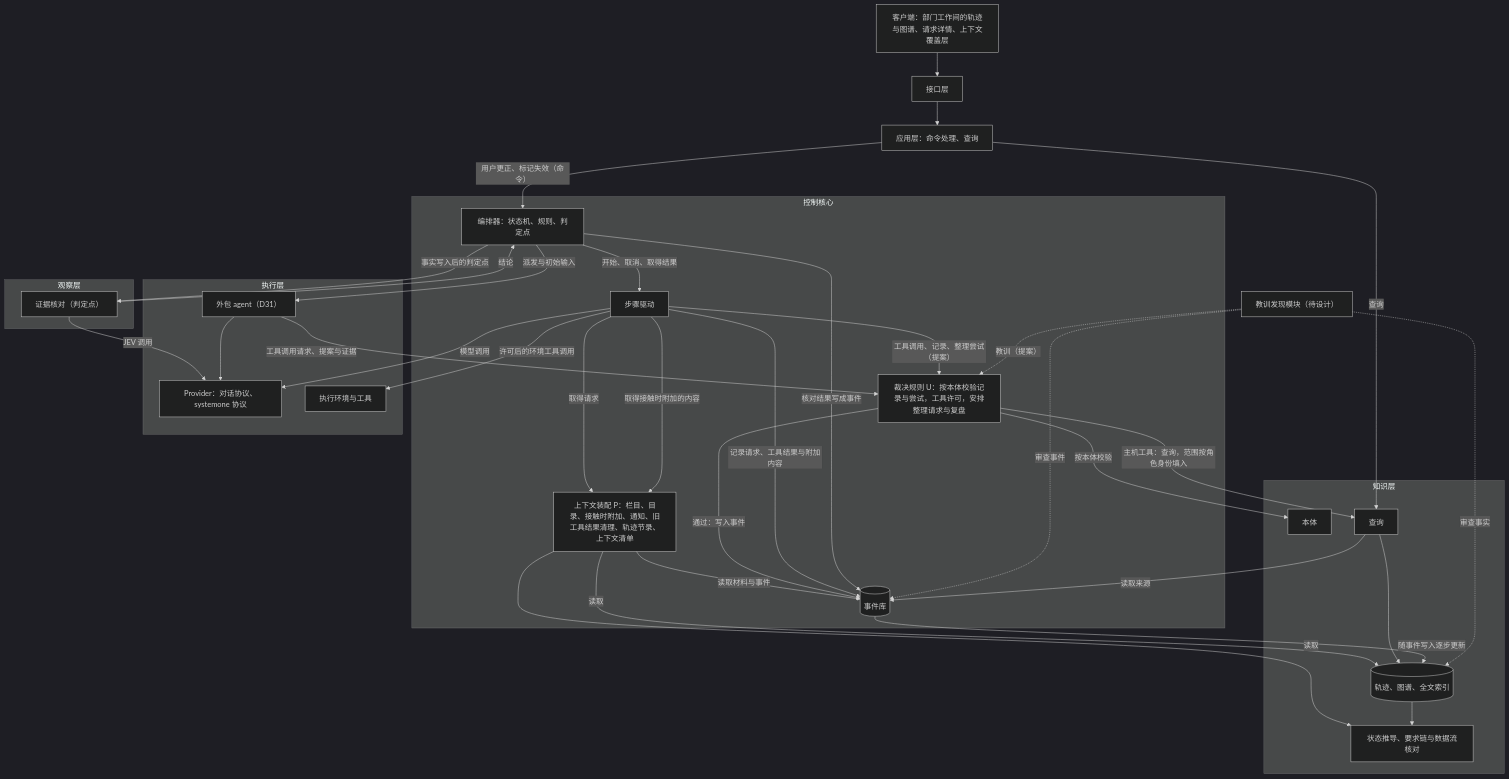
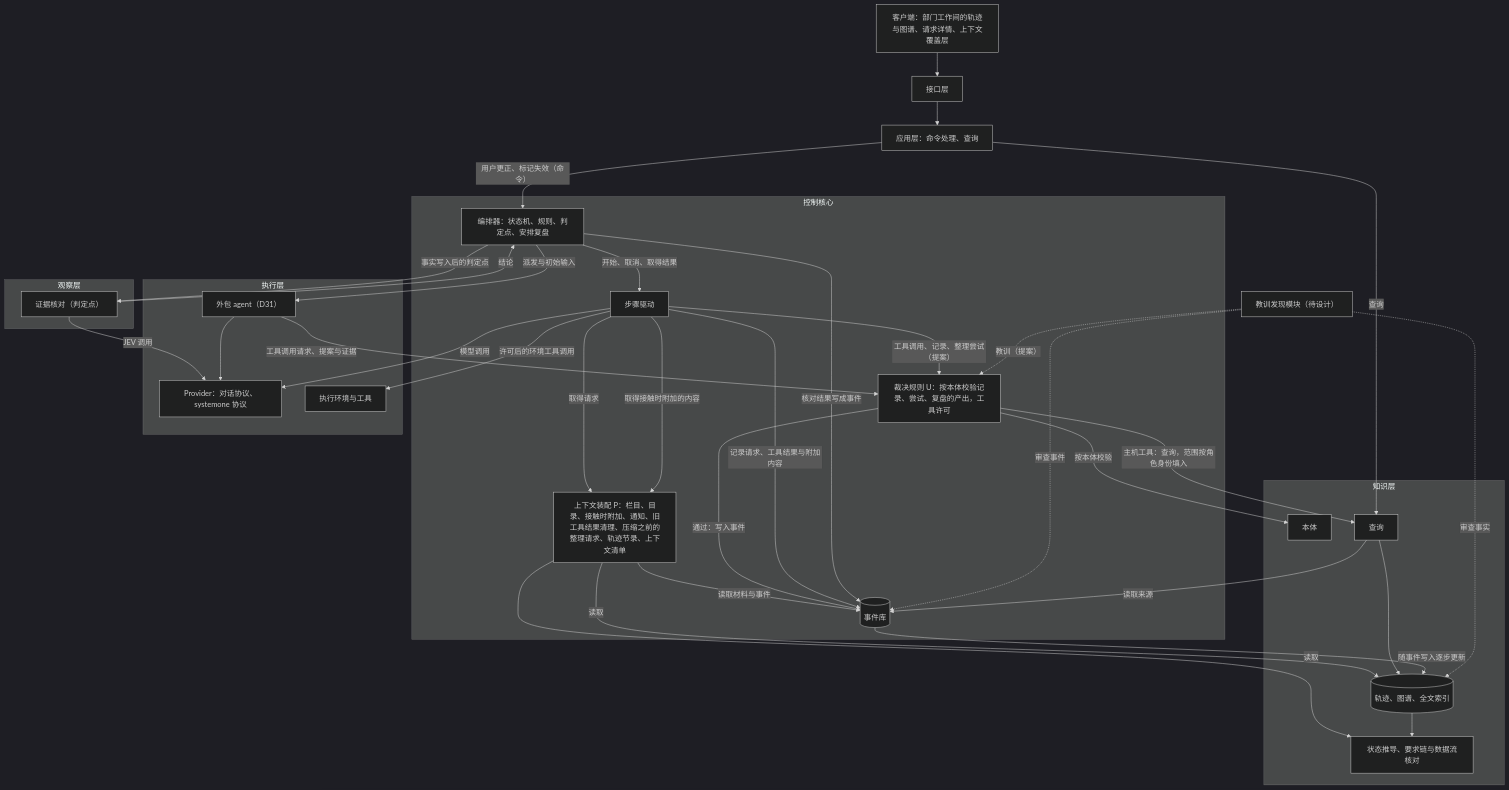
One commit to bender2333/yudao changed the second of 5 diagrams in docs/design/semantic-system.md. Above: the diagram before and after it, drawn with Mermaid (dark theme). The commit also changed other lines of this file and 6 other files, not shown here.

````diff
--- a/docs/design/semantic-system.md
+++ b/docs/design/semantic-system.md
@@ -89,58 +90,58 @@
 ```mermaid
 flowchart TB
   Client["客户端：部门工作间的轨迹与图谱、请求详情、上下文覆盖层"]
   Api["接口层"]
   App["应用层：命令处理、查询"]
   subgraph Core["控制核心"]
-    Orch["编排器：状态机、规则、判定点"]
+    Orch["编排器：状态机、规则、判定点、安排复盘"]
     Driver["步骤驱动"]
-    P["上下文装配 P：栏目、目录、接触时附加、通知、旧工具结果清理、轨迹节录、上下文清单"]
-    U["裁决规则 U：按本体校验记录与尝试，工具许可，安排整理请求与复盘"]
+    P["上下文装配 P：栏目、目录、接触时附加、通知、旧工具结果清理、压缩之前的整理请求、轨迹节录、上下文清单"]
+    U["裁决规则 U：按本体校验记录、尝试、复盘的产出，工具许可"]
     ES[("事件库")]
   end
   subgraph Know["知识层"]
     Onto["本体"]
     Proj[("轨迹、图谱、全文索引")]
     Derive["状态推导、要求链与数据流核对"]
     Query["查询"]
   end
   subgraph Observe["观察层"]
     Verify["证据核对（判定点）"]
   end
   subgraph Exec["执行层"]
     Prov["Provider：对话协议、systemone 协议"]
     Env["执行环境与工具"]
     Out["外包 agent（D31）"]
   end
   Lesson["教训发现模块（待设计）"]
   Client --> Api --> App
   App -->|"用户更正、标记失效（命令）"| Orch
   App -->|"查询"| Query
   Orch -->|"开始、取消、取得结果"| Driver
   Driver -->|"取得请求"| P
   P -->|"读取"| Proj
   P -->|"读取"| Derive
   P -->|"读取材料与事件"| ES
   Driver -->|"模型调用"| Prov
   Driver -->|"工具调用、记录、整理尝试（提案）"| U
   U -->|"按本体校验"| Onto
   U -->|"通过：写入事件"| ES
   U -->|"主机工具：查询，范围按角色身份填入"| Query
   Driver -->|"许可后的环境工具调用"| Env
   Driver -->|"取得接触时附加的内容"| P
   Driver -->|"记录请求、工具结果与附加内容"| ES
   Query --> Proj
   Query -->|"读取来源"| ES
   ES -->|"随事件写入逐步更新"| Proj
   Proj --> Derive
   Orch -->|"事实写入后的判定点"| Verify
   Verify -->|"JEV 调用"| Prov
   Verify -->|"结论"| Orch
   Orch -->|"核对结果写成事件"| ES
   Orch -->|"派发与初始输入"| Out
   Out -->|"工具调用请求、提案与证据"| U
   Out --> Prov
   Lesson -.->|"审查事件"| ES
   Lesson -.->|"审查事实"| Proj
   Lesson -.->|"教训（提案）"| U
 ```
````
